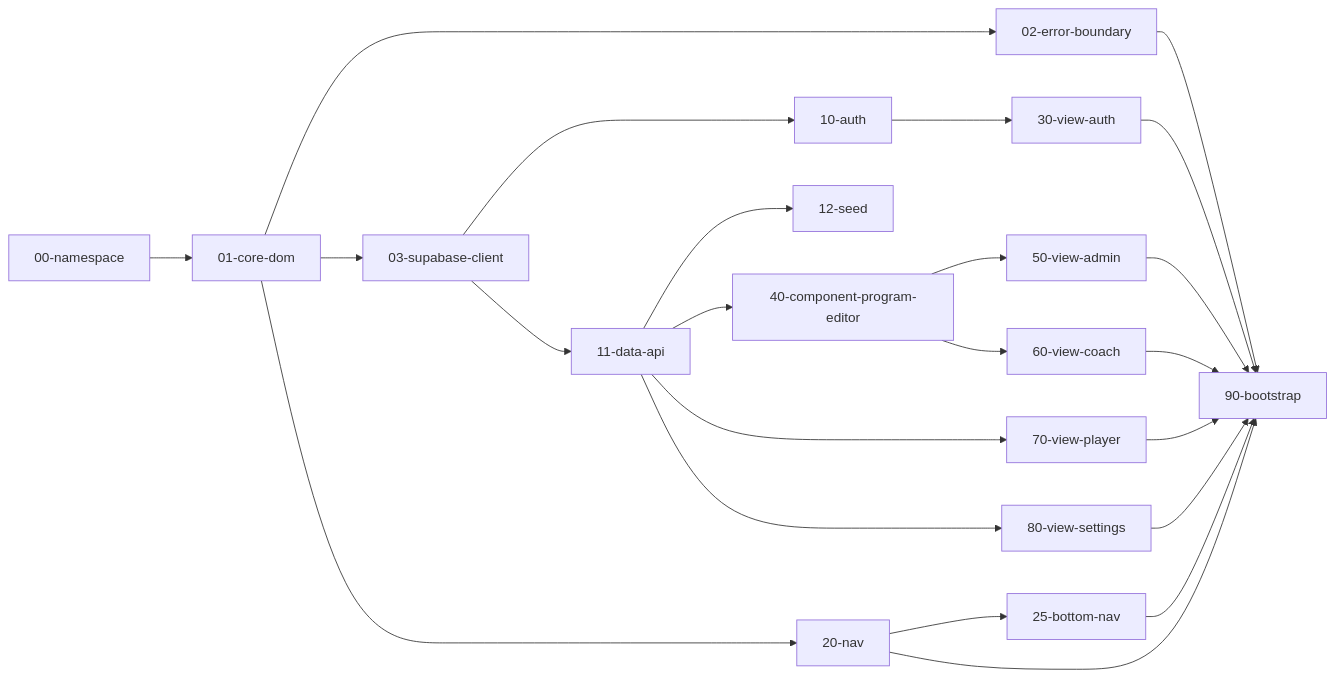
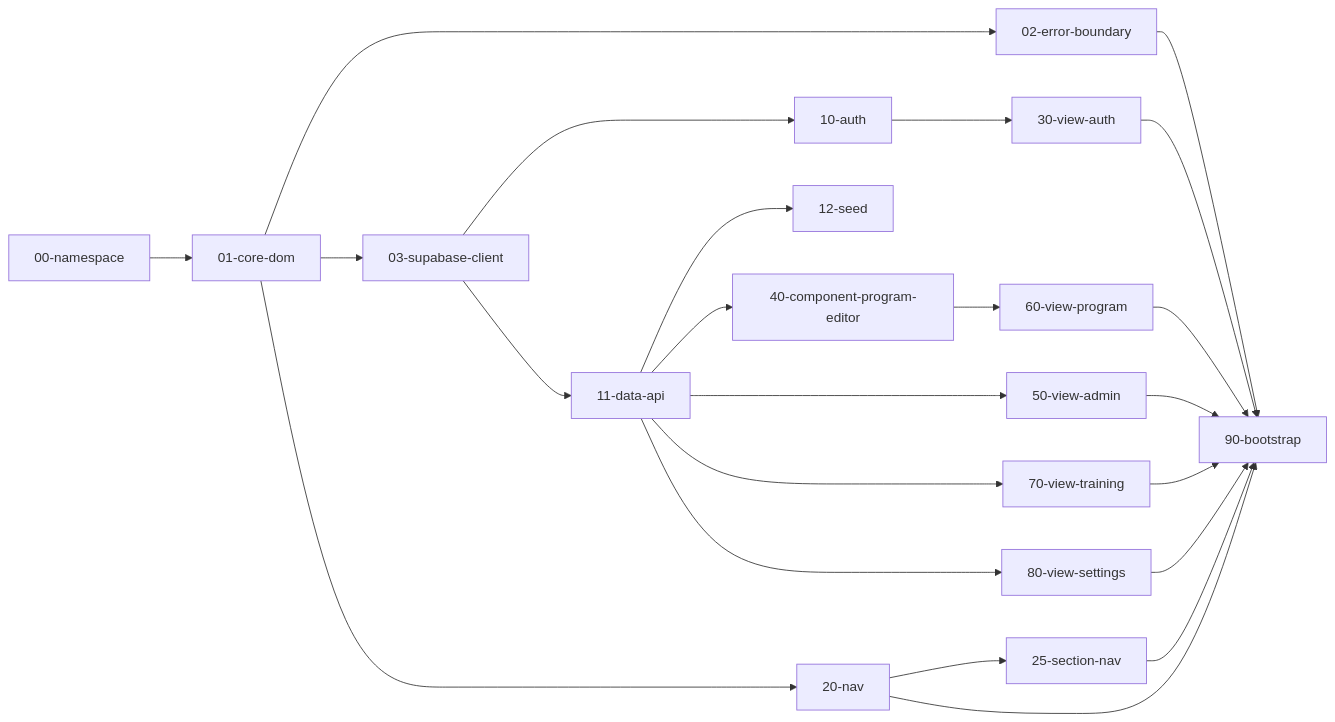
The diagram in docs/ARCHITECTURE.md (batoucode/summer-tmb-plll), drawn with Mermaid before and after one commit. The commit also changed other lines of this file and 22 other files, not shown here.

````diff
--- a/docs/ARCHITECTURE.md
+++ b/docs/ARCHITECTURE.md
@@ -159,25 +169,25 @@
 ```mermaid
 flowchart LR
   ns[00-namespace] --> core[01-core-dom]
   core --> err[02-error-boundary]
   core --> sbc[03-supabase-client]
   sbc --> auth[10-auth]
   sbc --> data[11-data-api]
   data --> seed[12-seed]
   core --> nav[20-nav]
-  nav --> bottomNav[25-bottom-nav]
+  nav --> sectionNav[25-section-nav]
   auth --> viewAuth[30-view-auth]
   data --> compEditor[40-component-program-editor]
-  compEditor --> viewAdmin[50-view-admin]
-  compEditor --> viewCoach[60-view-coach]
-  data --> viewPlayer[70-view-player]
+  data --> viewAdmin[50-view-admin]
+  compEditor --> viewProgram[60-view-program]
+  data --> viewTraining[70-view-training]
   data --> viewSettings[80-view-settings]
   err --> boot[90-bootstrap]
   nav --> boot
-  bottomNav --> boot
+  sectionNav --> boot
   viewAuth --> boot
   viewAdmin --> boot
-  viewCoach --> boot
-  viewPlayer --> boot
+  viewProgram --> boot
+  viewTraining --> boot
   viewSettings --> boot
 ```
````
